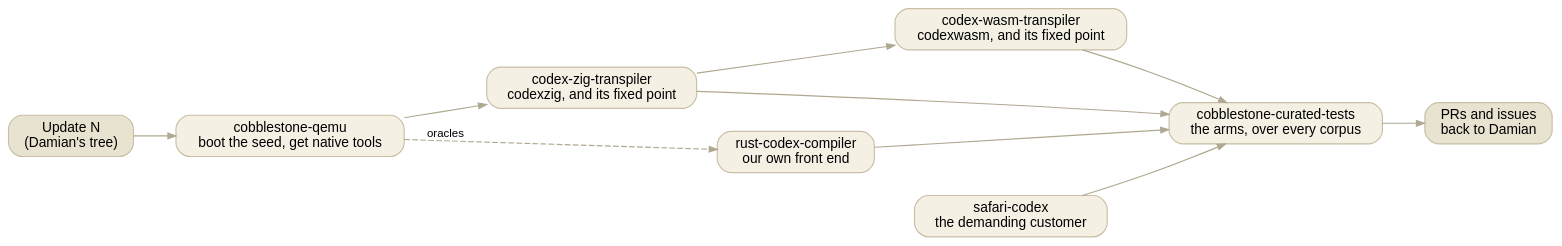
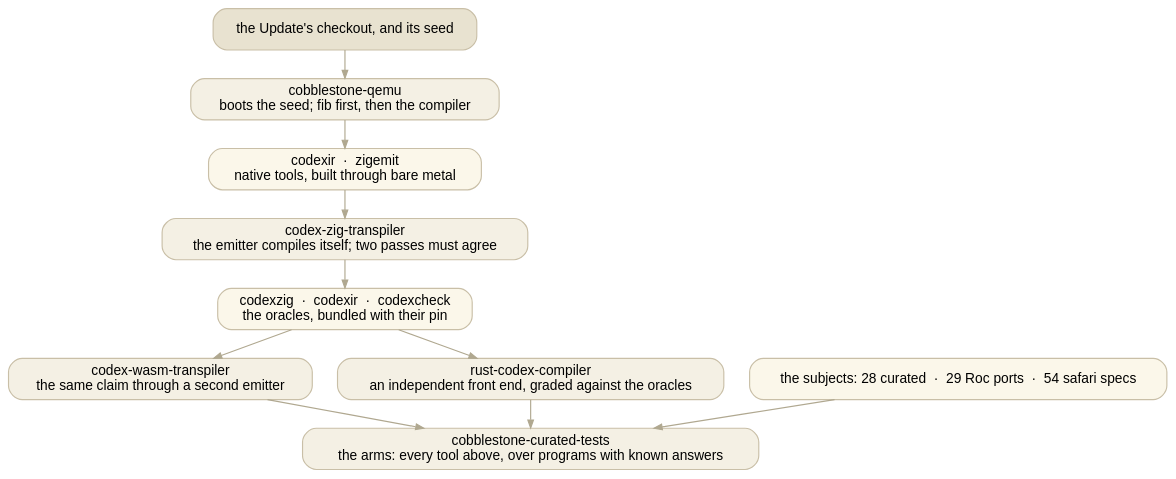
The first of 5 diagrams in notes/the-on-ramp.md (showell/essay-repl-server), drawn with Graphviz before and after one commit. The commit also changed other lines of this file, not shown here.

````diff
--- a/notes/the-on-ramp.md
+++ b/notes/the-on-ramp.md
@@ -13,19 +27,19 @@
 ```dot
 digraph {
-  rankdir=LR; bgcolor="transparent"; pad=0.2; nodesep=0.35;
+  rankdir=TB; bgcolor="transparent"; pad=0.2; nodesep=0.3; ranksep=0.35;
   node [shape=box style="rounded,filled" fillcolor="#f4f0e4" color="#c9bfa7" fontname="Helvetica" fontsize=12];
   edge [color="#b0a890" arrowsize=0.7 fontname="Helvetica" fontsize=10];
-  upd  [label="Update N\n(Damian's tree)" fillcolor="#e8e2d0"];
-  qemu [label="cobblestone-qemu\nboot the seed, get native tools"];
-  zig  [label="codex-zig-transpiler\ncodexzig, and its fixed point"];
-  wasm [label="codex-wasm-transpiler\ncodexwasm, and its fixed point"];
-  rust [label="rust-codex-compiler\nour own front end"];
-  arms [label="cobblestone-curated-tests\nthe arms, over every corpus"];
-  saf  [label="safari-codex\nthe demanding customer"];
-  out  [label="PRs and issues\nback to Damian" fillcolor="#e8e2d0"];
-  upd -> qemu -> zig -> wasm;
-  zig -> arms; wasm -> arms; rust -> arms; saf -> arms;
-  qemu -> rust [style=dashed label="oracles"];
-  arms -> out;
+  seed [label="the Update's checkout, and its seed" fillcolor="#e8e2d0"];
+  qemu [label="cobblestone-qemu\nboots the seed; fib first, then the compiler"];
+  nat  [label="codexir  ·  zigemit\nnative tools, built through bare metal" fillcolor="#fbf7ea"];
+  zig  [label="codex-zig-transpiler\nthe emitter compiles itself; two passes must agree"];
+  ora  [label="codexzig  ·  codexir  ·  codexcheck\nthe oracles, bundled with their pin" fillcolor="#fbf7ea"];
+  wasm [label="codex-wasm-transpiler\nthe same claim through a second emitter"];
+  rust [label="rust-codex-compiler\nan independent front end, graded against the oracles"];
+  arms [label="cobblestone-curated-tests\nthe arms: every tool above, over programs with known answers"];
+  subj [label="the subjects: 28 curated  ·  29 Roc ports  ·  54 safari specs" fillcolor="#fbf7ea"];
+  seed -> qemu -> nat -> zig -> ora -> rust -> arms;
+  ora -> wasm -> arms;
+  subj -> arms;
 }
 ```
````
